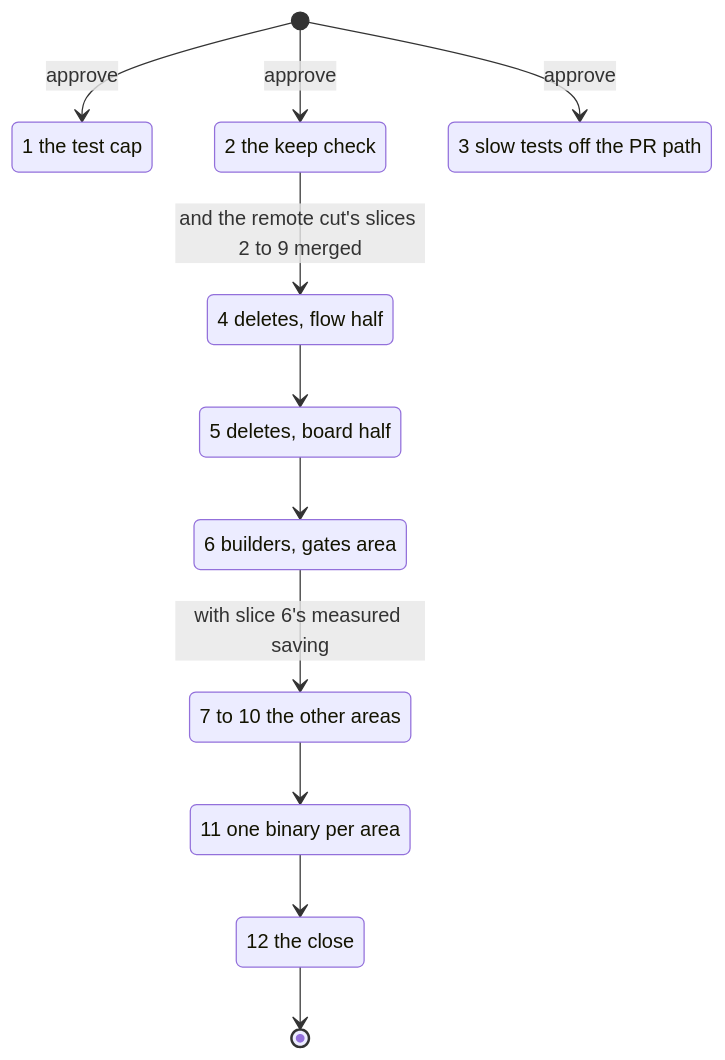
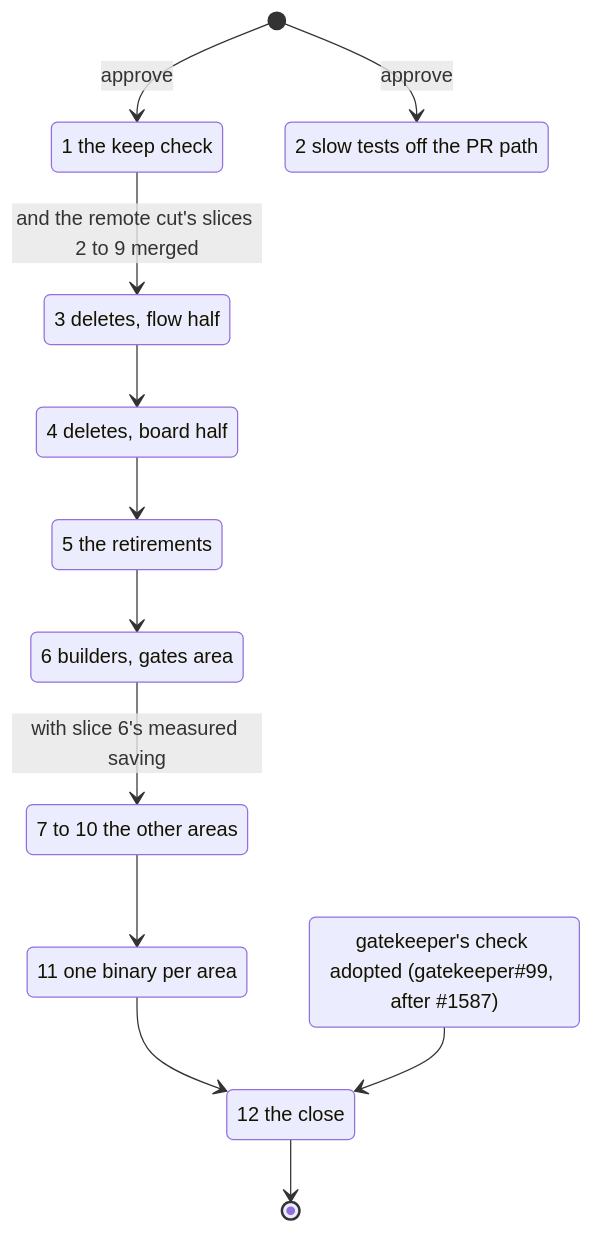
The third of 3 diagrams in docs/architecture/test-diet/boundaries.md (jirathip-dev/drover), drawn with Mermaid before and after one commit. The commit also changed other lines of this file and 6 other files, not shown here.

First line of the commit message:
architecture: test diet revised: no cap in drover, gatekeeper's ratchet, the retirements as a slice (#1760)

````diff
--- a/docs/architecture/test-diet/boundaries.md
+++ b/docs/architecture/test-diet/boundaries.md
@@ -118,22 +105,24 @@
 ```mermaid
 stateDiagram-v2
     [*] --> s1: approve
     [*] --> s2: approve
-    [*] --> s3: approve
-    s1: 1 the test cap
-    s2: 2 the keep check
-    s3: 3 slow tests off the PR path
-    s4: 4 deletes, flow half
-    s5: 5 deletes, board half
+    s1: 1 the keep check
+    s2: 2 slow tests off the PR path
+    s3: 3 deletes, flow half
+    s4: 4 deletes, board half
+    s5: 5 the retirements
     s6: 6 builders, gates area
     s7_10: 7 to 10 the other areas
     s11: 11 one binary per area
     s12: 12 the close
-    s2 --> s4: and the remote cut's slices 2 to 9 merged
+    a1: gatekeeper's check adopted (gatekeeper#99, after #1587)
+    s1 --> s3: and the remote cut's slices 2 to 9 merged
+    s3 --> s4
     s4 --> s5
     s5 --> s6
     s6 --> s7_10: with slice 6's measured saving
     s7_10 --> s11
     s11 --> s12
+    a1 --> s12
     s12 --> [*]
 ```
````
